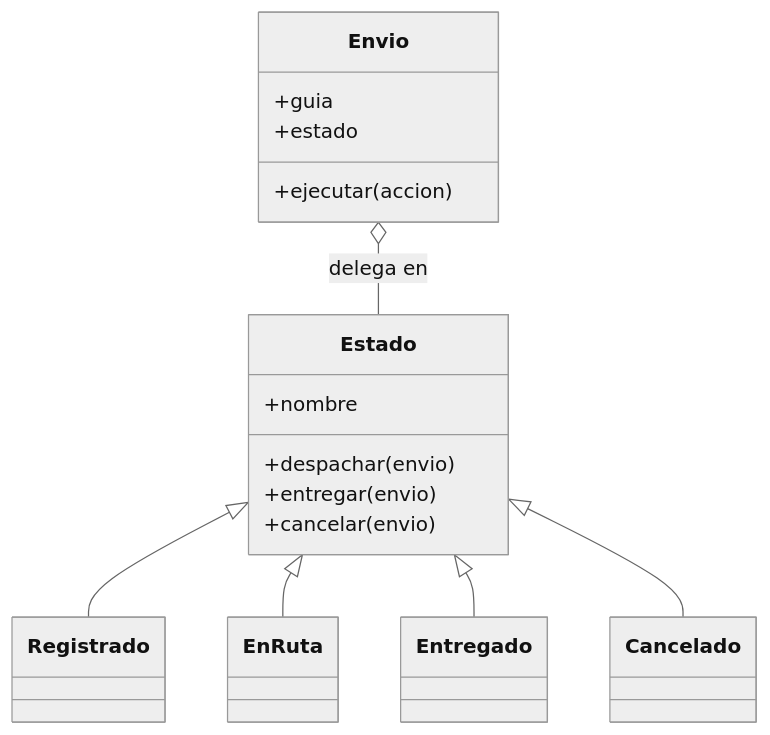
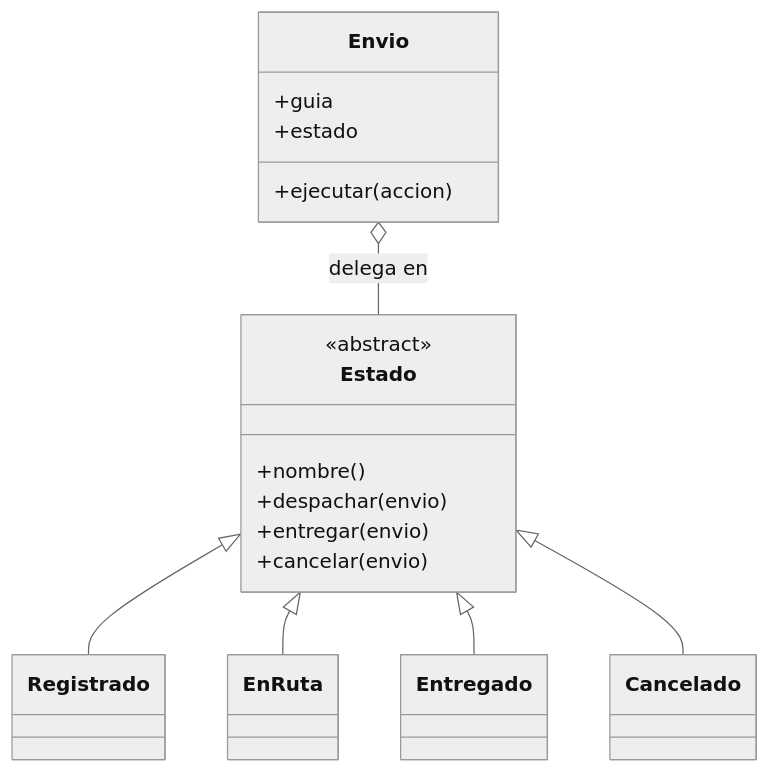
One commit to NICORUIZ93/The_Imperial_Book changed the second of 8 diagrams in web/public/content/foundations/modulo-9.md. Above: the diagram before and after it, drawn with Mermaid (neutral theme). The commit also changed other lines of this file and 1 other file, not shown here.

````diff
--- a/web/public/content/foundations/modulo-9.md
+++ b/web/public/content/foundations/modulo-9.md
@@ -456,19 +494,20 @@
 ```mermaid
 classDiagram
     class Envio {
       +guia
       +estado
       +ejecutar(accion)
     }
     class Estado {
-      +nombre
+      <<abstract>>
+      +nombre()
       +despachar(envio)
       +entregar(envio)
       +cancelar(envio)
     }
     Envio o-- Estado : delega en
     Estado <|-- Registrado
     Estado <|-- EnRuta
     Estado <|-- Entregado
     Estado <|-- Cancelado
 ```
````
